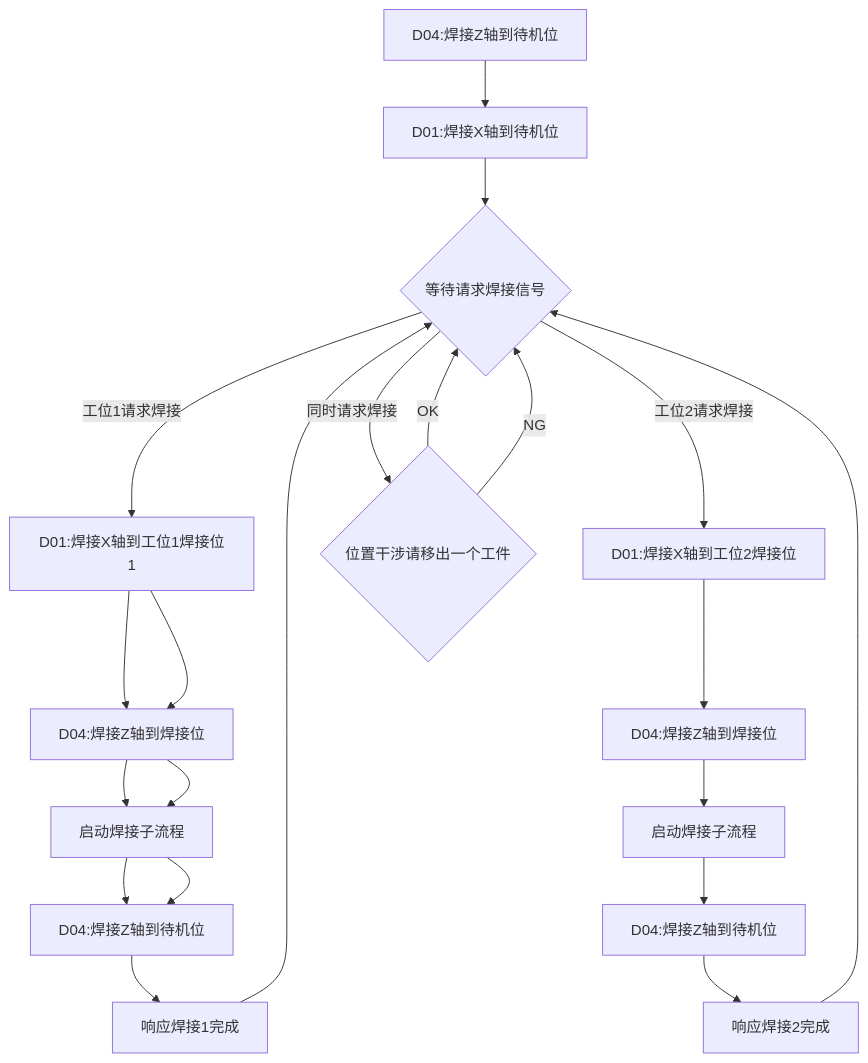
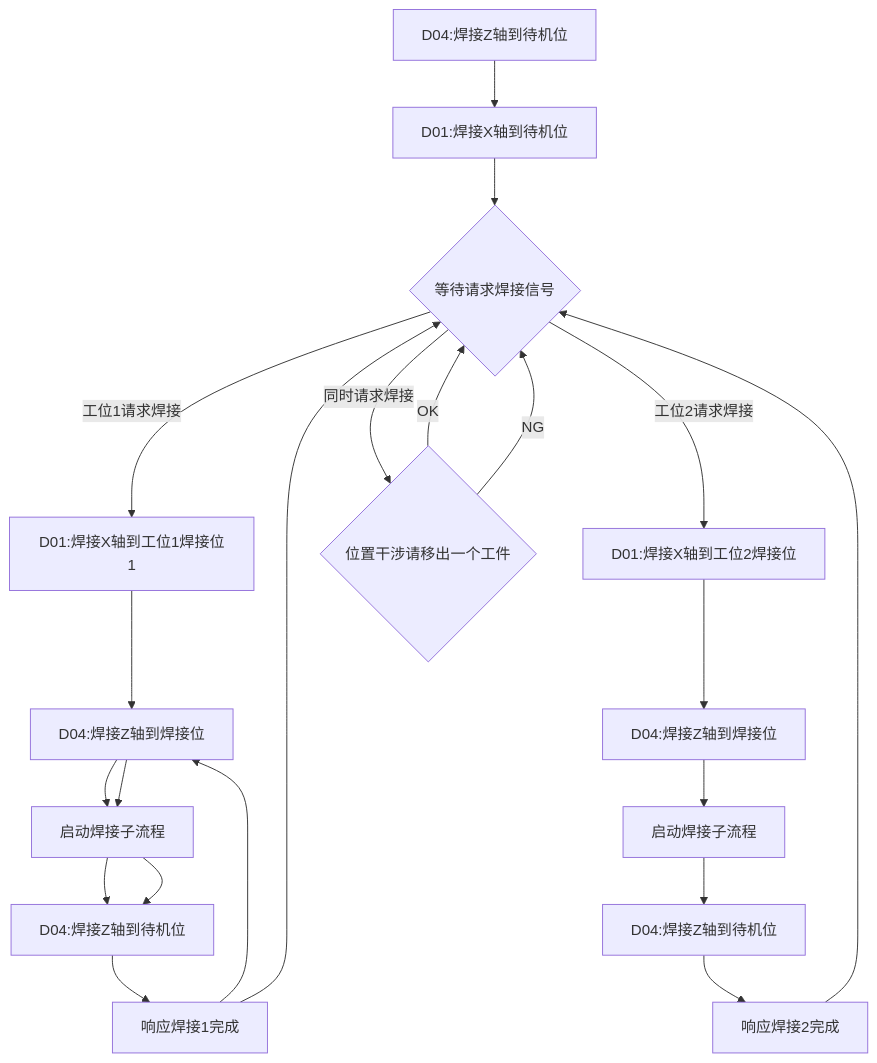
One commit to PengKun1/iodraw-files changed the diagram in all/OP20-1焊接工位自动流程.md. Above: the diagram before and after it, drawn with Mermaid.

Commit message:
2024-08-07 14:09:43 update

````diff
--- a/all/OP20-1焊接工位自动流程.md
+++ b/all/OP20-1焊接工位自动流程.md
@@ -1,23 +1,23 @@
 ```mermaid
 graph TD
 10[D04:焊接Z轴到待机位]-->20
 20[D01:焊接X轴到待机位]-->30
 30{等待请求焊接信号}-->|工位1请求焊接|40
 30-->|工位2请求焊接|100
 30-->|同时请求焊接|900
 40[D01:焊接X轴到工位1焊接位1]-->50
 50[D04:焊接Z轴到焊接位]-->60
 60[启动焊接子流程]-->70
-40[D01:焊接X轴到工位1焊接位1]-->50
+80[D01:焊接X轴到工位1焊接位2]-->50
 50[D04:焊接Z轴到焊接位]-->60
 70[D04:焊接Z轴到待机位]-->80
 60[启动焊接子流程]-->70
 80[响应焊接1完成]-->30
 100[D01:焊接X轴到工位2焊接位]-->110
 110[D04:焊接Z轴到焊接位]-->120
 120[启动焊接子流程]-->130
 130[D04:焊接Z轴到待机位]-->140
 140[响应焊接2完成]-->30
 900{位置干涉请移出一个工件}-->|OK|30
 900-->|NG|30
 ```
````
